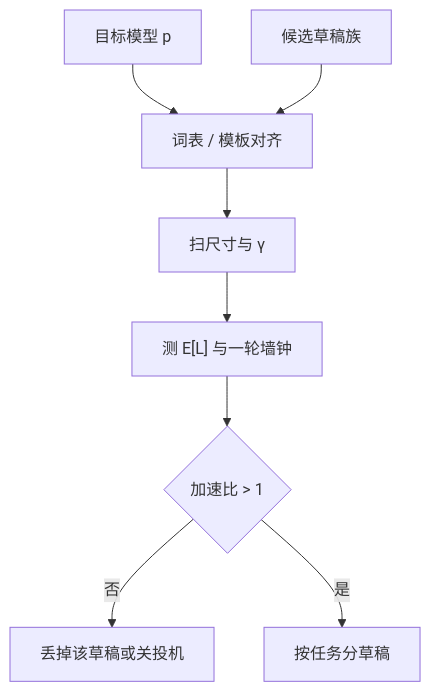
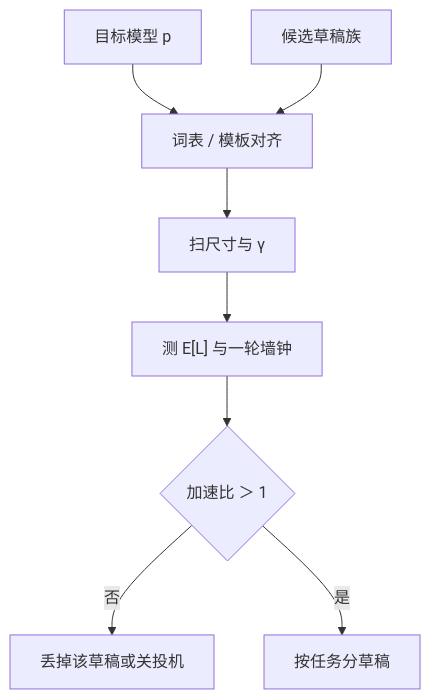
The second of 2 diagrams in docs/llm/draft-model.md (xhongduo-tech/xhongduo-tech.github.io), drawn with Mermaid before and after one commit. The commit also changed 291 other files, not shown here.

Commit message:
Normalize lesson titles to tree names and repair mermaid arrow/quote syntax site-wide.

````diff
--- a/docs/llm/draft-model.md
+++ b/docs/llm/draft-model.md
@@ -50,10 +50,10 @@
 ```mermaid
 flowchart TD
   P["目标模型 p"] --> ALN["词表 / 模板对齐"]
   CAND["候选草稿族"] --> ALN
   ALN --> SWEEP["扫尺寸与 γ"]
   SWEEP --> M["测 E[L] 与一轮墙钟"]
-  M --> OK{"加速比 > 1"}
+  M --> OK{"加速比 ＞ 1"}
   OK -->|否| DROP["丢掉该草稿或关投机"]
   OK -->|是| LOAD["按任务分草稿"]
 ```
````
